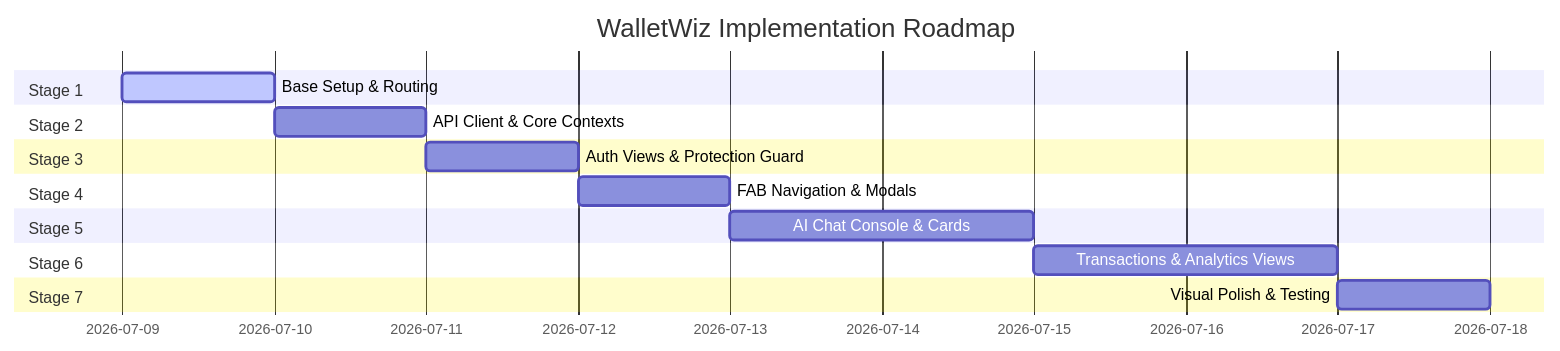
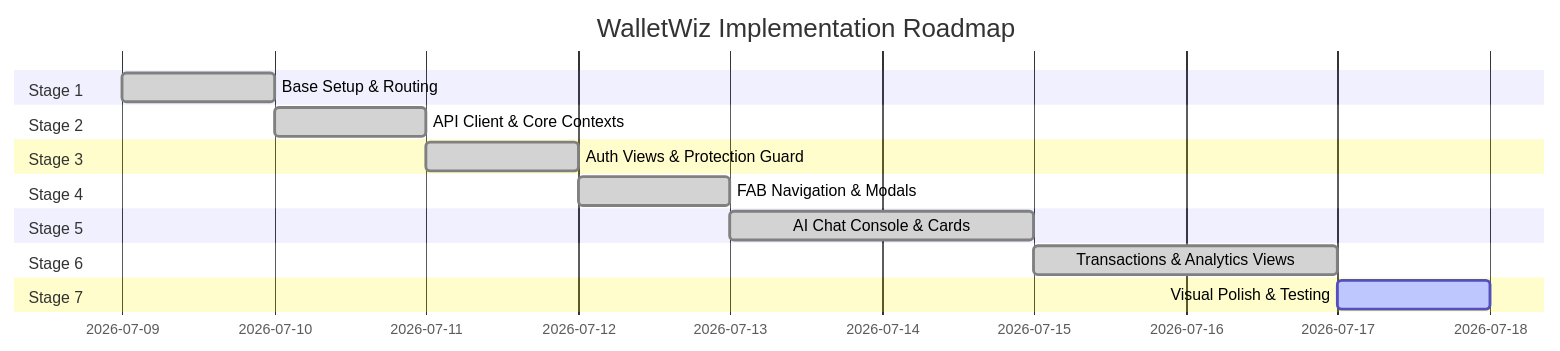
The diagram in docs/implementation_plan.md (TGSupreme/WalletWiz-Frontend), drawn with Mermaid before and after one commit. The commit also changed other lines of this file and 2 other files, not shown here.

Commit message:
feat(frontend): Stage 6 - Paginated history list, live client search fallback, and strict empty-state analytics dashboards

````diff
--- a/docs/implementation_plan.md
+++ b/docs/implementation_plan.md
@@ -9,19 +9,19 @@
 ```mermaid
 gantt
     title WalletWiz Implementation Roadmap
     dateFormat  YYYY-MM-DD
     section Stage 1
-    Base Setup & Routing           :active, 2026-07-09, 1d
+    Base Setup & Routing           :done, 2026-07-09, 1d
     section Stage 2
-    API Client & Core Contexts     : 2026-07-10, 1d
+    API Client & Core Contexts     :done, 2026-07-10, 1d
     section Stage 3
-    Auth Views & Protection Guard  : 2026-07-11, 1d
+    Auth Views & Protection Guard  :done, 2026-07-11, 1d
     section Stage 4
-    FAB Navigation & Modals        : 2026-07-12, 1d
+    FAB Navigation & Modals        :done, 2026-07-12, 1d
     section Stage 5
-    AI Chat Console & Cards        : 2026-07-13, 2d
+    AI Chat Console & Cards        :done, 2026-07-13, 2d
     section Stage 6
-    Transactions & Analytics Views : 2026-07-15, 2d
+    Transactions & Analytics Views :done, 2026-07-15, 2d
     section Stage 7
-    Visual Polish & Testing        : 2026-07-17, 1d
+    Visual Polish & Testing        :active, 2026-07-17, 1d
 ```
````
